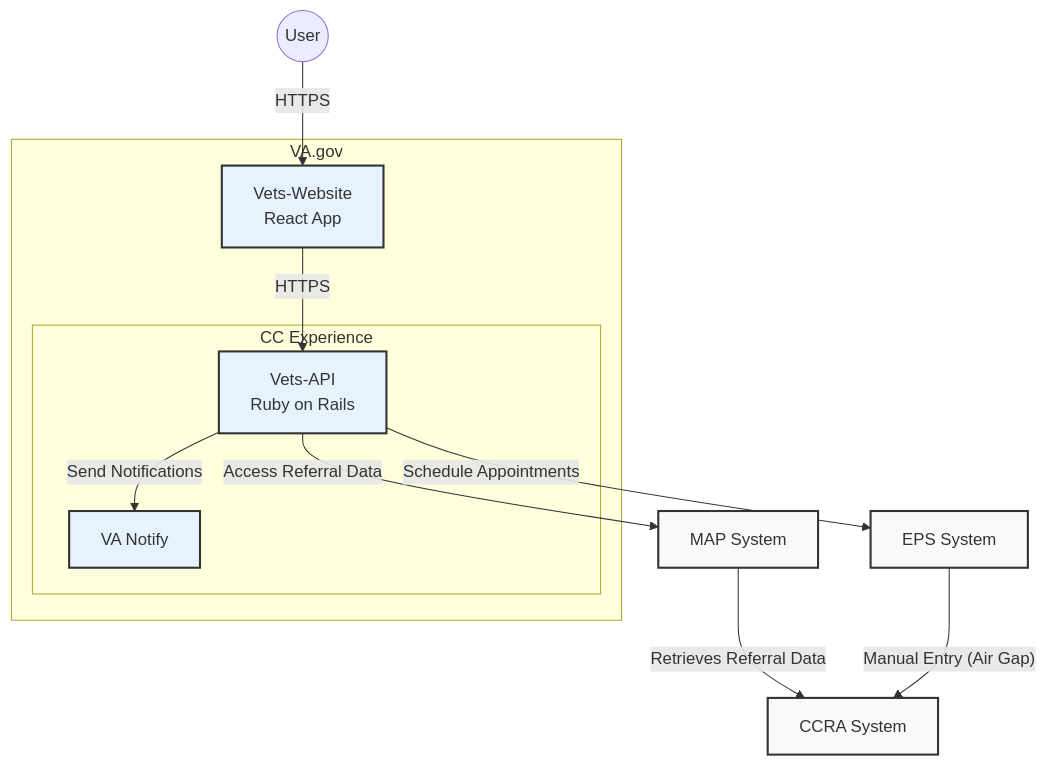
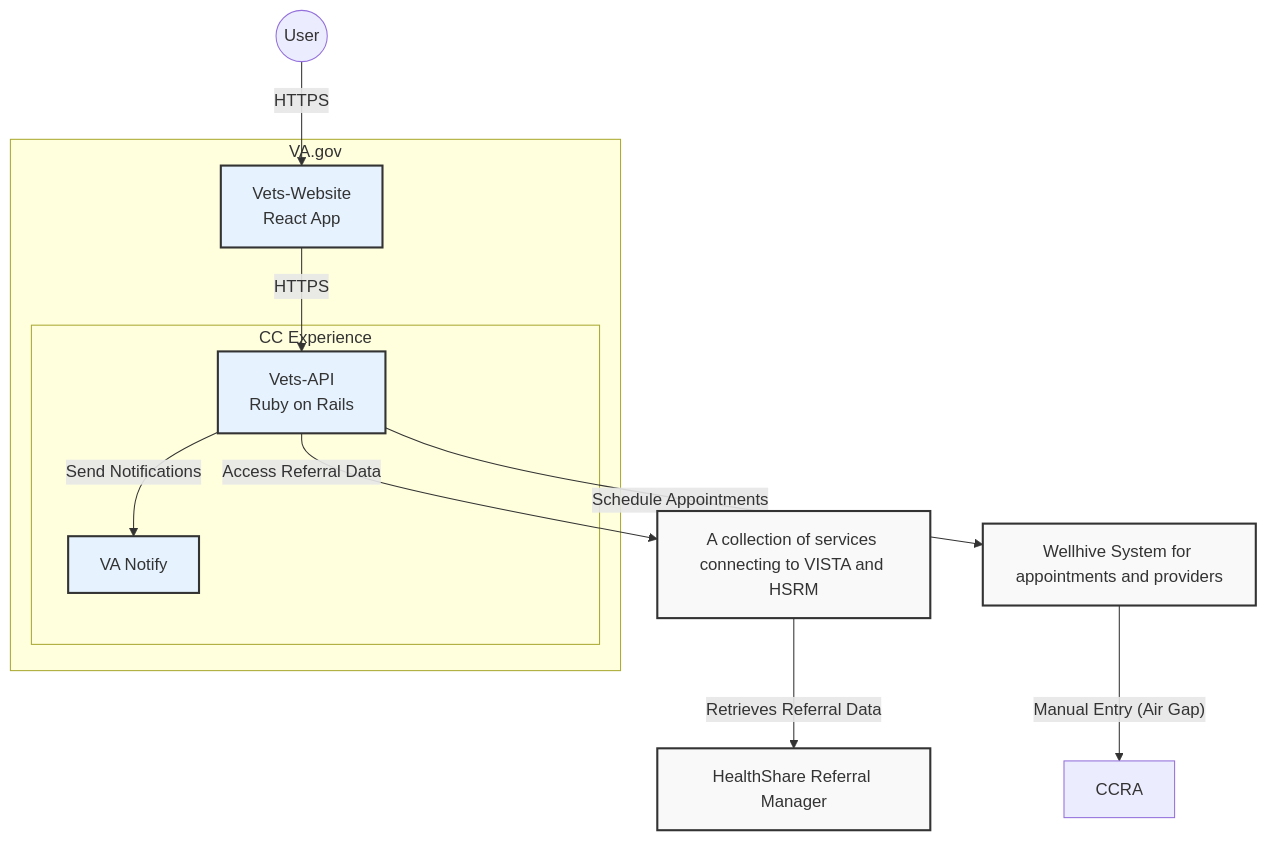
The first of 4 diagrams in products/health-care/appointments/va-online-scheduling/engineering/architecture/community-care-technical-documentation.md (department-of-veterans-affairs/va.gov-team), drawn with Mermaid before and after one commit.

````diff
--- a/products/health-care/appointments/va-online-scheduling/engineering/architecture/community-care-technical-documentation.md
+++ b/products/health-care/appointments/va-online-scheduling/engineering/architecture/community-care-technical-documentation.md
@@ -38,29 +38,29 @@
 ```mermaid
 graph TB
     User((User))
     
     subgraph "VA.gov"
         VW[Vets-Website<br>React App]
         subgraph "CC Experience"
             VA_API[Vets-API<br>Ruby on Rails]
             VA_NOTIFY[VA Notify]
         end
     end
     
-    MAP[MAP System]
-    CCRA[CCRA System]
-    EPS[EPS System]
+    MAP[A collection of services connecting to VISTA and HSRM]
+    HSRM[HealthShare Referral Manager]
+    EPS[Wellhive System for appointments and providers]
 
     User -->|HTTPS| VW
     VW -->|HTTPS| VA_API
     VA_API -->|Send Notifications| VA_NOTIFY
     VA_API -->|Access Referral Data| MAP
-    MAP -->|Retrieves Referral Data| CCRA
+    MAP -->|Retrieves Referral Data| HSRM
     VA_API -->|Schedule Appointments| EPS
     EPS -- "Manual Entry (Air Gap)" --> CCRA
 
     classDef vaSystem fill:#e6f3ff,stroke:#333,stroke-width:2px;
     classDef external fill:#f9f9f9,stroke:#333,stroke-width:2px;
     class VW,VA_API,VA_NOTIFY vaSystem;
-    class MAP,EPS,CCRA external;
+    class MAP,EPS,HSRM external;
 ```
````
